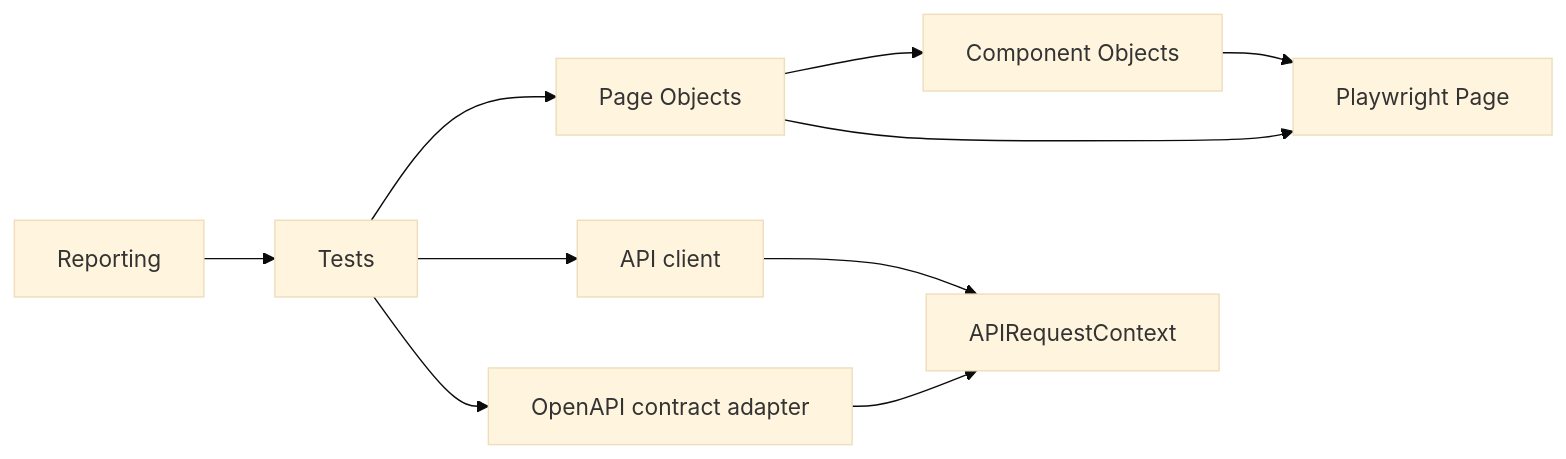
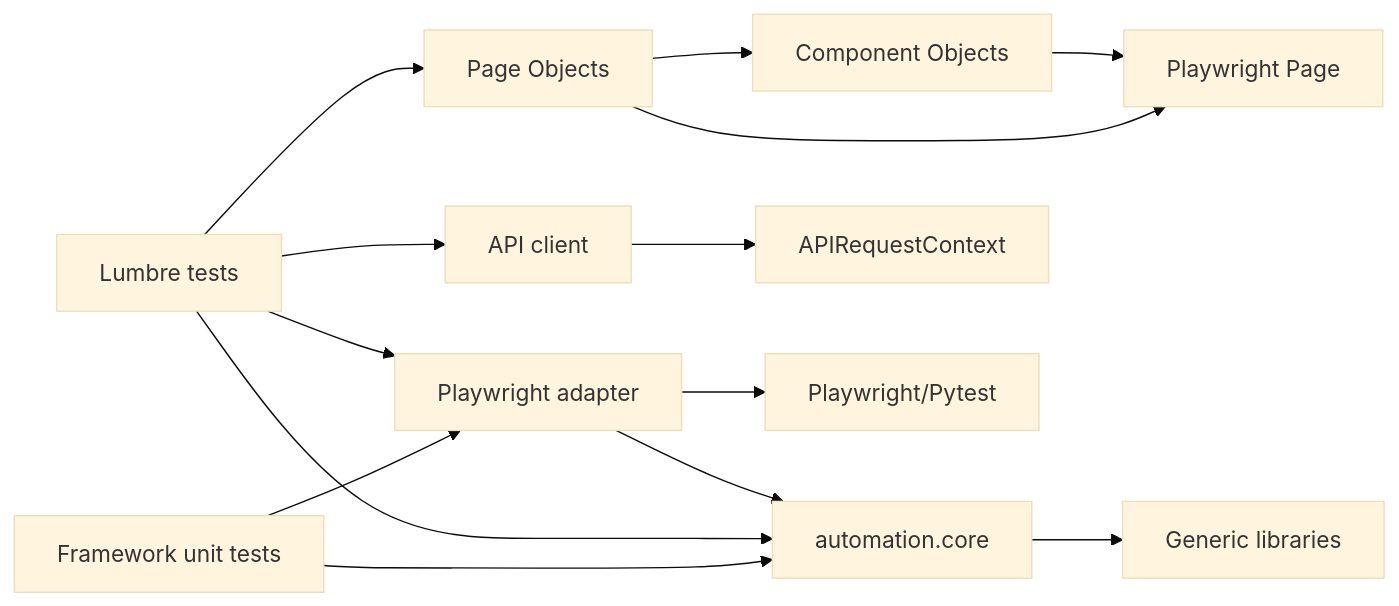
Before and after one commit to zvasdfg/lumbre-playwright-python: the second of 6 diagrams in docs/ARCHITECTURE.md, drawn with Mermaid (base theme). The commit also changed other lines of this file and 8 other files, not shown here.

````diff
--- a/docs/ARCHITECTURE.md
+++ b/docs/ARCHITECTURE.md
@@ -85,12 +93,16 @@
 ```mermaid
 flowchart LR
-    Tests --> PageObjects[Page Objects]
-    Tests --> ApiClient[API client]
-    Tests --> ContractAdapter[OpenAPI contract adapter]
+    FrameworkTests[Framework unit tests] --> Core[automation.core]
+    FrameworkTests --> Adapter[Playwright adapter]
+    LumbreTests[Lumbre tests] --> PageObjects[Page Objects]
+    LumbreTests --> ApiClient[API client]
+    LumbreTests --> Core
+    LumbreTests --> Adapter
     PageObjects --> Components[Component Objects]
     PageObjects --> PlaywrightPage[Playwright Page]
     Components --> PlaywrightPage
     ApiClient --> APIRequestContext
-    ContractAdapter --> APIRequestContext
-    Reporting --> Tests
+    Adapter --> Core
+    Adapter --> Playwright[Playwright/Pytest]
+    Core --> Libraries[Generic libraries]
 ```
````
